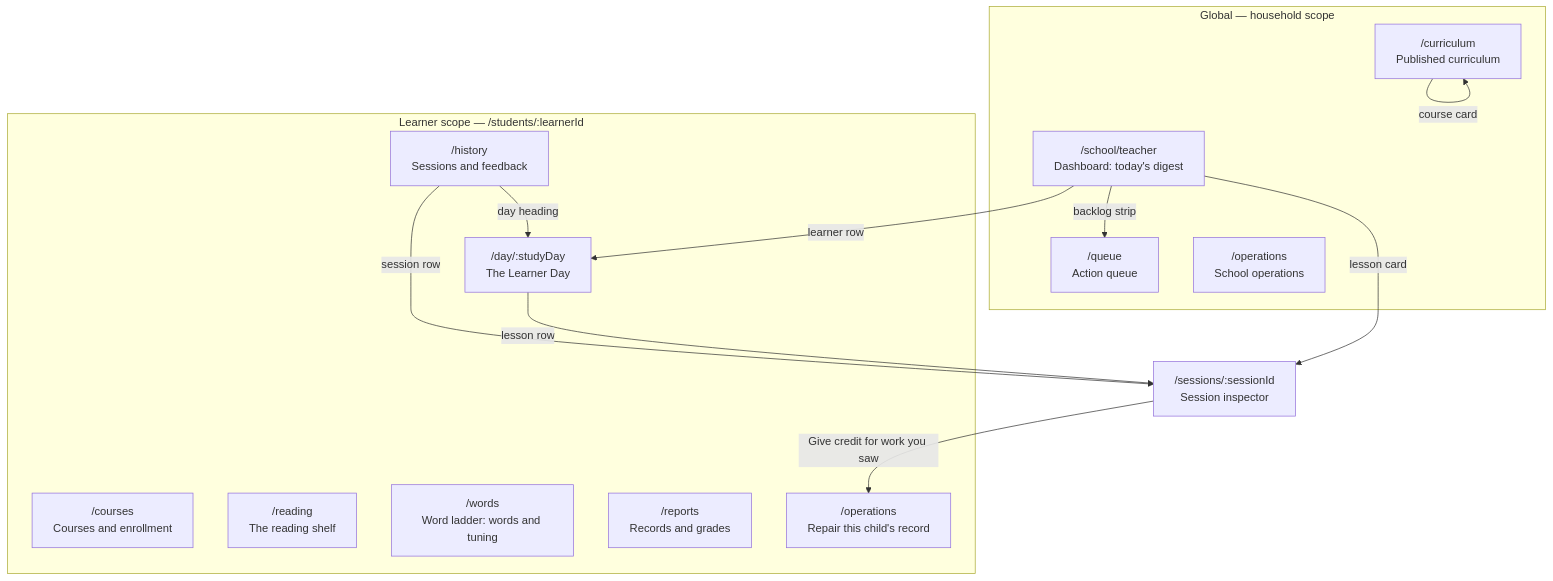
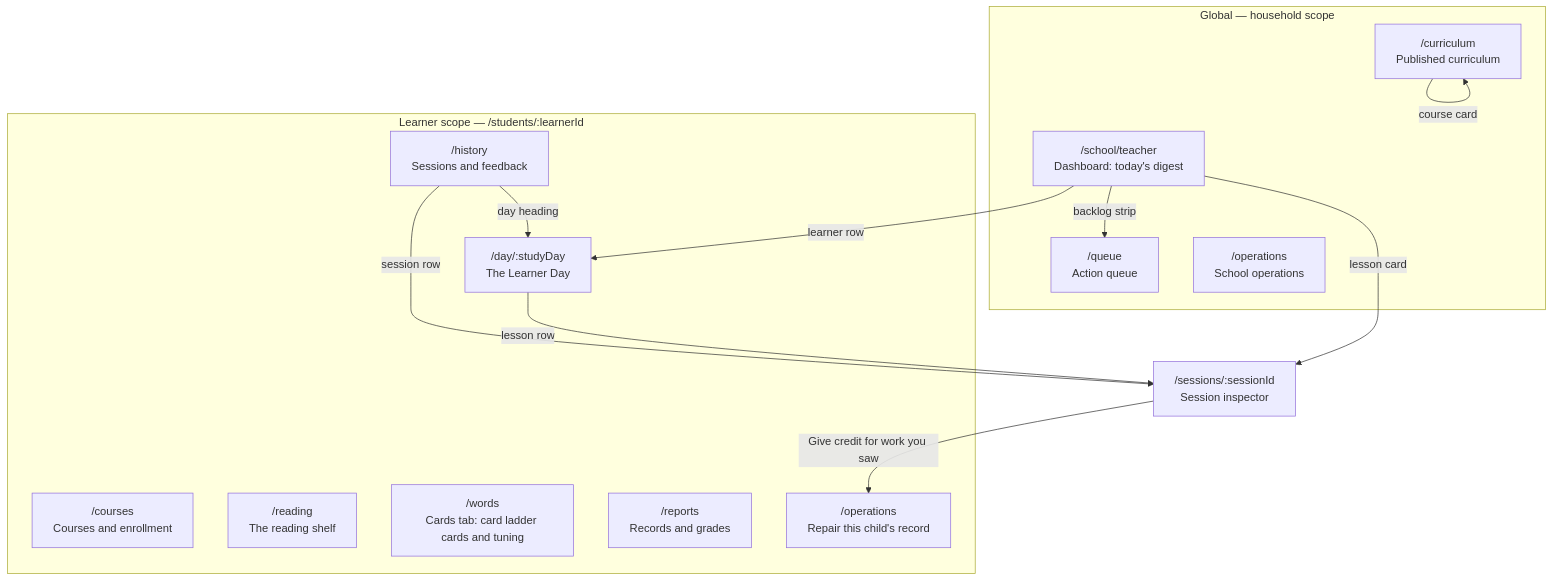
Before and after one commit to kckern/DaylightStation: the second of 16 diagrams in docs/reference/school/teacher.md, drawn with Mermaid. The commit also changed other lines of this file and 17 other files, not shown here.

First line of the commit message:
docs(school/card-ladder): rename the reference page and every link

````diff
--- a/docs/reference/school/teacher.md
+++ b/docs/reference/school/teacher.md
@@ -113,28 +113,28 @@
 ```mermaid
 flowchart TD
     subgraph global["Global — household scope"]
         DASH["/school/teacher<br/>Dashboard: today's digest"]
         QUEUE["/queue<br/>Action queue"]
         CURRIC["/curriculum<br/>Published curriculum"]
         OPS["/operations<br/>School operations"]
     end
     subgraph learner["Learner scope — /students/:learnerId"]
         DAY["/day/:studyDay<br/>The Learner Day"]
         COURSES["/courses<br/>Courses and enrollment"]
         HIST["/history<br/>Sessions and feedback"]
         READING["/reading<br/>The reading shelf"]
-        WORDS["/words<br/>Word ladder: words and tuning"]
+        WORDS["/words<br/>Cards tab: card ladder cards and tuning"]
         REPORTS["/reports<br/>Records and grades"]
         LOPS["/operations<br/>Repair this child's record"]
     end
     SESSION["/sessions/:sessionId<br/>Session inspector"]
 
     DASH -->|learner row| DAY
     DASH -->|backlog strip| QUEUE
     DASH -->|lesson card| SESSION
     DAY -->|lesson row| SESSION
     HIST -->|session row| SESSION
     HIST -->|day heading| DAY
     SESSION -->|"Give credit for work you saw"| LOPS
     CURRIC -->|course card| CURRIC
 ```
````
